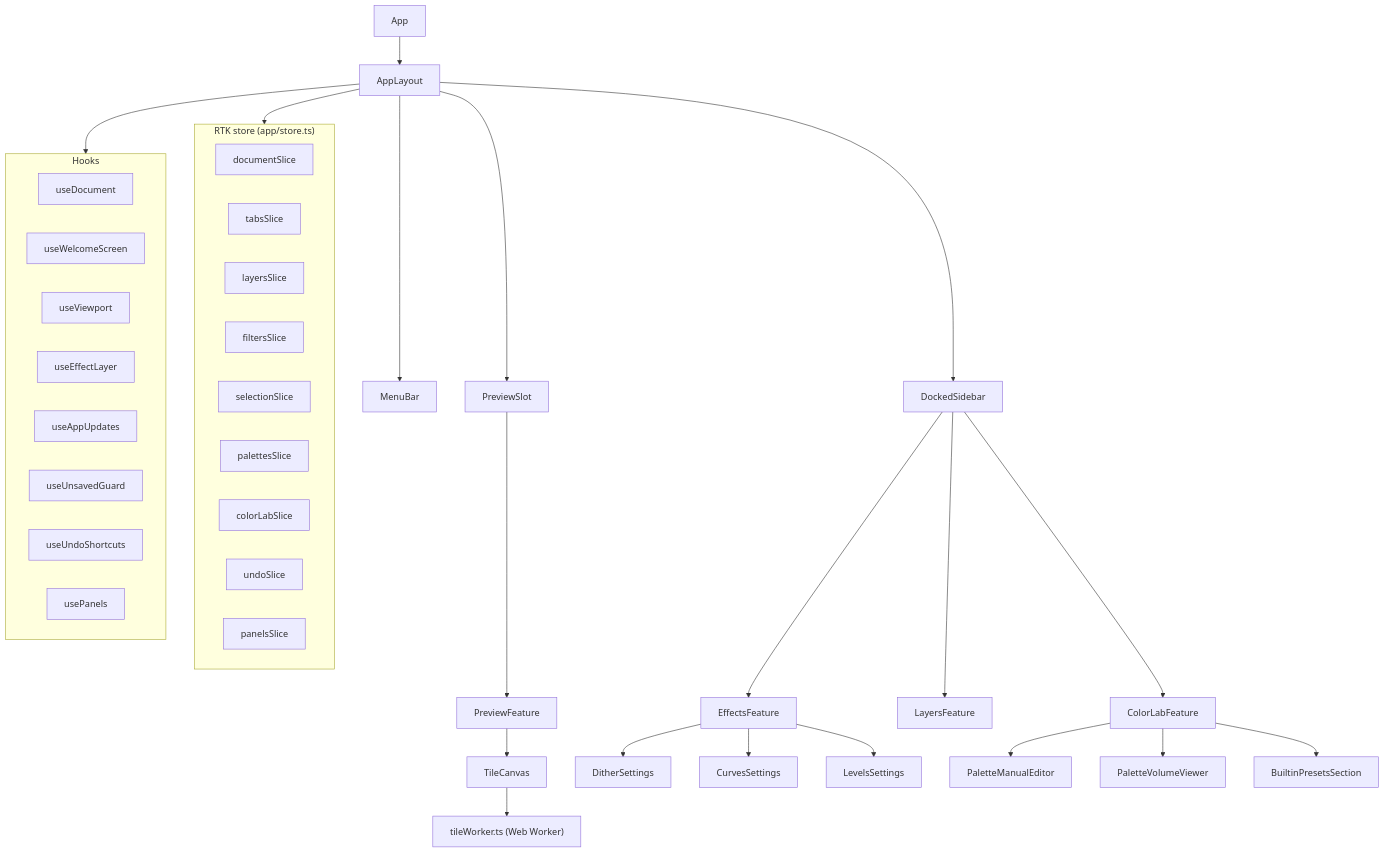
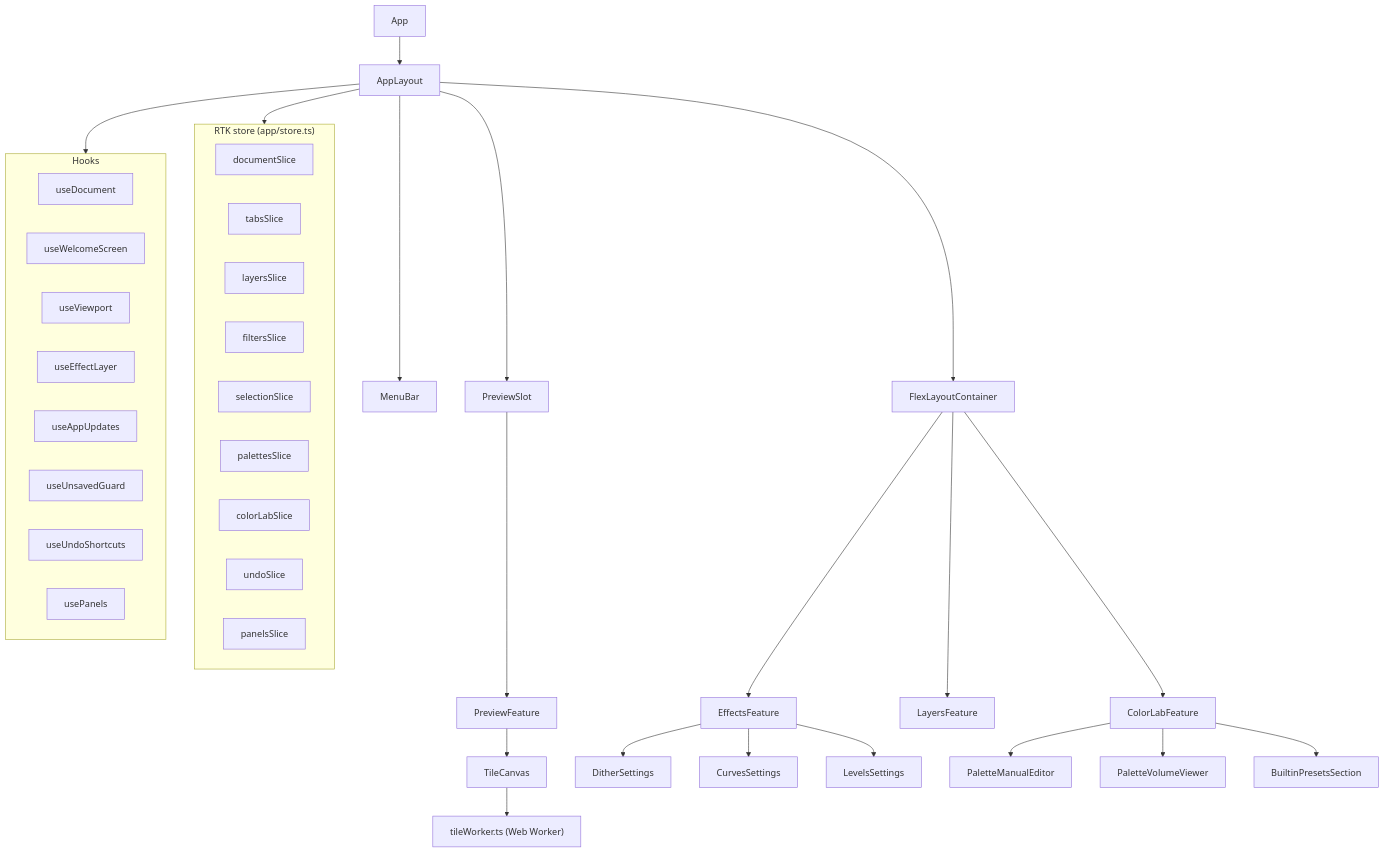
Before and after one commit to edrdavid1/dith-yuki: the fifth of 10 diagrams in docs/architecture.md, drawn with Mermaid. The commit also changed other lines of this file and 37 other files, not shown here.

````diff
--- a/docs/architecture.md
+++ b/docs/architecture.md
@@ -1057,49 +1031,49 @@
 ```mermaid
 graph TD
     App --> AppLayout
     AppLayout --> MenuBar
     AppLayout --> PreviewSlot
-    AppLayout --> DockedSidebar
+    AppLayout --> FlexLayoutContainer
 
     PreviewSlot --> PreviewFeature
     PreviewFeature --> TileCanvas
     TileCanvas --> tileWorker["tileWorker.ts (Web Worker)"]
 
-    DockedSidebar --> EffectsFeature
-    DockedSidebar --> LayersFeature
-    DockedSidebar --> ColorLabFeature
+    FlexLayoutContainer --> EffectsFeature
+    FlexLayoutContainer --> LayersFeature
+    FlexLayoutContainer --> ColorLabFeature
 
     EffectsFeature --> DitherSettings
     EffectsFeature --> CurvesSettings
     EffectsFeature --> LevelsSettings
 
     ColorLabFeature --> PaletteManualEditor
     ColorLabFeature --> PaletteVolumeViewer
     ColorLabFeature --> BuiltinPresetsSection
 
     subgraph Store["RTK store (app/store.ts)"]
         documentSlice
         tabsSlice
         layersSlice
         filtersSlice
         selectionSlice
         palettesSlice
         colorLabSlice
         undoSlice
         panelsSlice
     end
 
     subgraph Hooks
         useDocument
         useWelcomeScreen
         useViewport
         useEffectLayer
         useAppUpdates
         useUnsavedGuard
         useUndoShortcuts
         usePanels
     end
 
     AppLayout --> Hooks
     AppLayout --> Store
 ```
````
